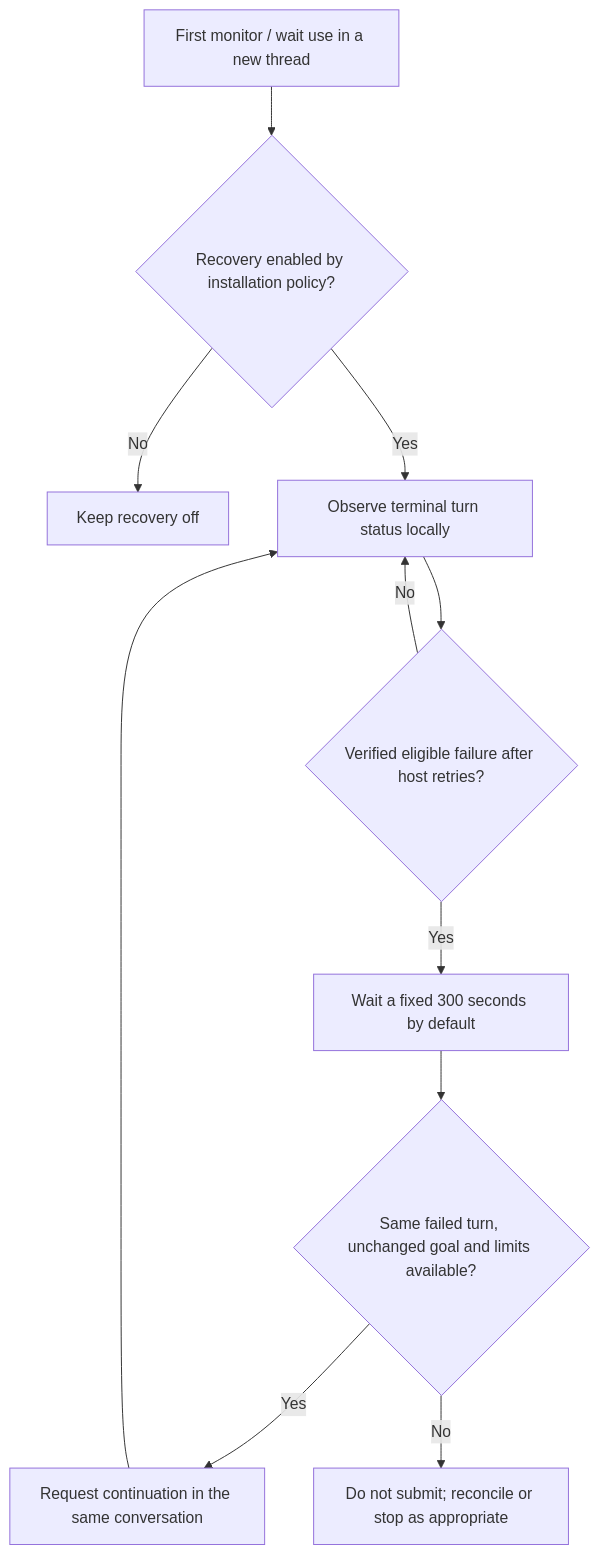
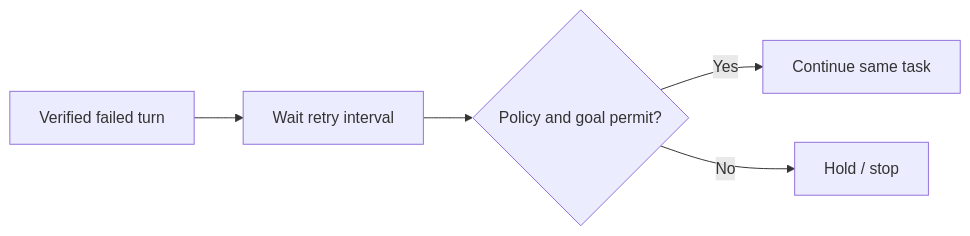
Before and after one commit to EthenJ/codex-monitor: the fourth of 4 diagrams in README.md, drawn with Mermaid. The commit also changed other lines of this file and 11 other files, not shown here.

````diff
--- a/README.md
+++ b/README.md
@@ -202,13 +106,7 @@
 ```mermaid
-flowchart TD
-    A["First monitor / wait use in a new thread"] --> B{"Recovery enabled by installation policy?"}
-    B -->|No| C["Keep recovery off"]
-    B -->|Yes| D["Observe terminal turn status locally"]
-    D --> E{"Verified eligible failure after host retries?"}
-    E -->|No| D
-    E -->|Yes| F["Wait a fixed 300 seconds by default"]
-    F --> G{"Same failed turn, unchanged goal and limits available?"}
-    G -->|Yes| H["Request continuation in the same conversation"]
-    H --> D
-    G -->|No| I["Do not submit; reconcile or stop as appropriate"]
+flowchart LR
+    A["Verified failed turn"] --> B["Wait retry interval"]
+    B --> C{"Policy and goal permit?"}
+    C -->|Yes| D["Continue same task"]
+    C -->|No| E["Hold / stop"]
 ```
````
